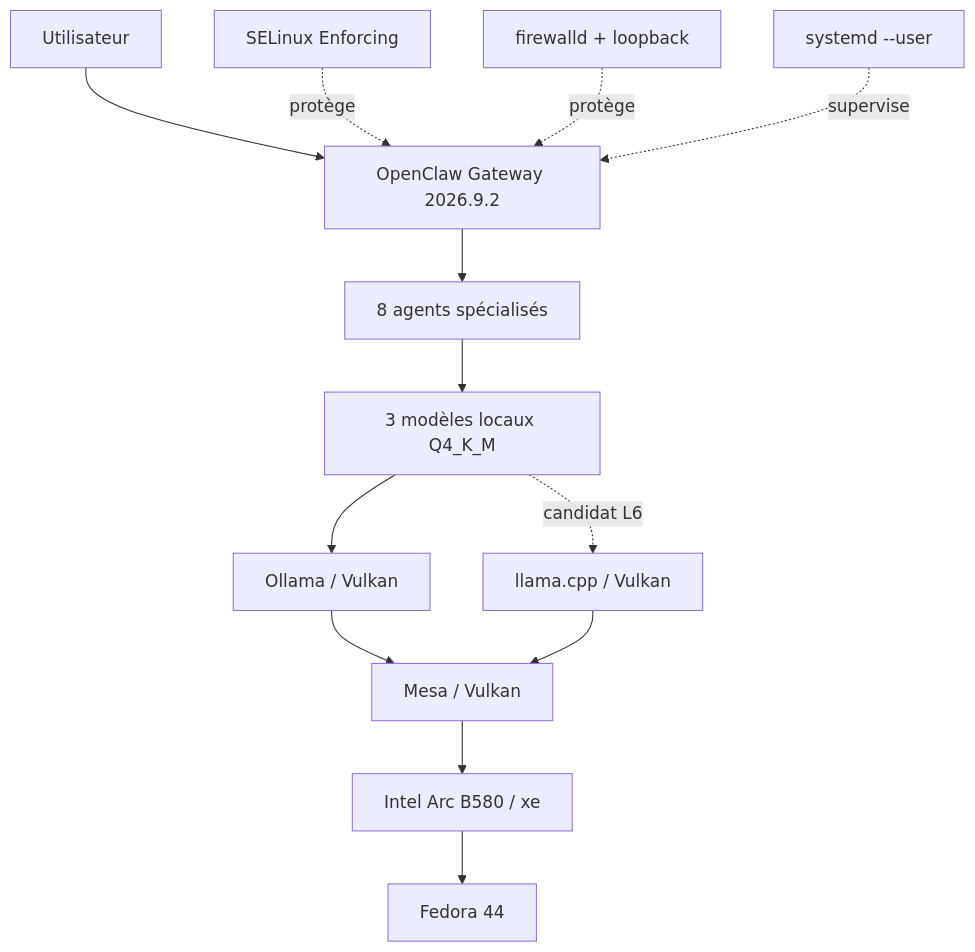
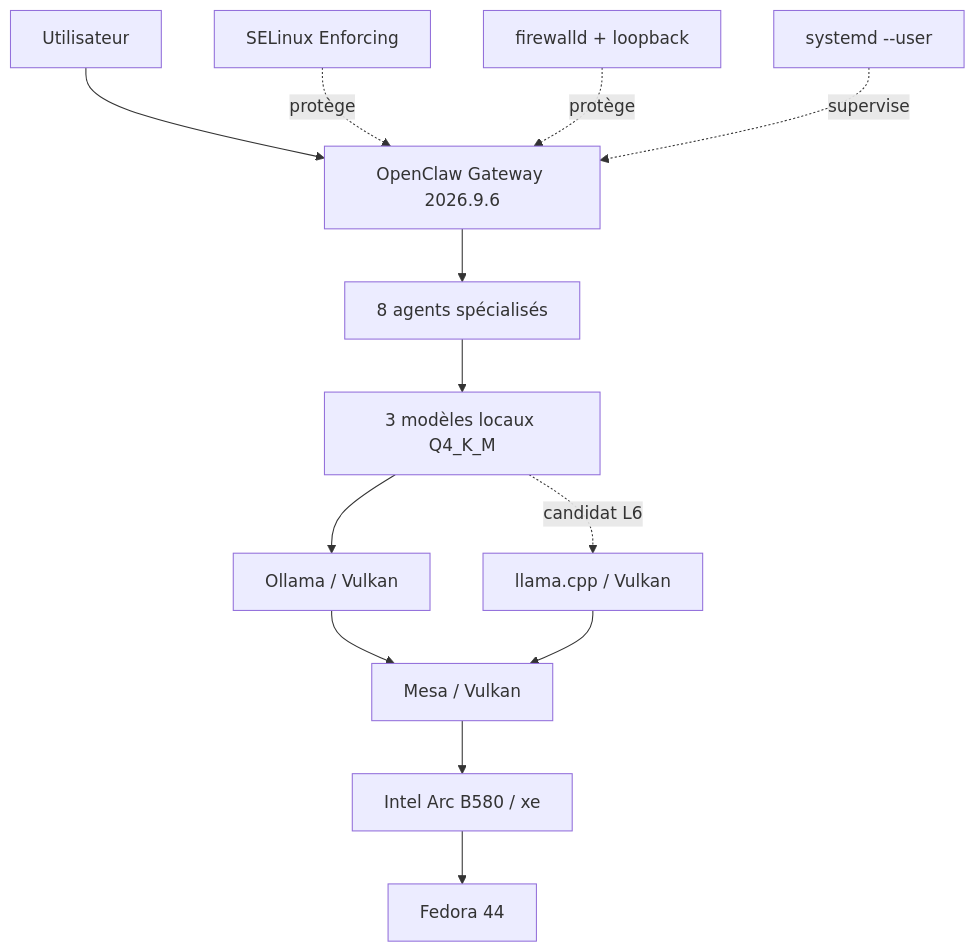
The diagram in README.md (mathiasseguincadiche/OPENCLAW_LOCAL_FEDORA), drawn with Mermaid before and after one commit. The commit also changed other lines of this file, not shown here.

Commit message:
chore: refresh OpenClaw 2026.9.6 in README.md

````diff
--- a/README.md
+++ b/README.md
@@ -51,16 +51,16 @@
 ```mermaid
 flowchart TD
-    U[Utilisateur] --> G[OpenClaw Gateway 2026.9.2]
+    U[Utilisateur] --> G[OpenClaw Gateway 2026.9.6]
     G --> A[8 agents spécialisés]
     A --> M[3 modèles locaux Q4_K_M]
     M --> O[Ollama / Vulkan]
     M -. candidat L6 .-> L[llama.cpp / Vulkan]
     O --> V[Mesa / Vulkan]
     L --> V
     V --> X[Intel Arc B580 / xe]
     X --> F[Fedora 44]
 
     S[SELinux Enforcing] -. protège .-> G
     W[firewalld + loopback] -. protège .-> G
     Y[systemd --user] -. supervise .-> G
 ```
````
